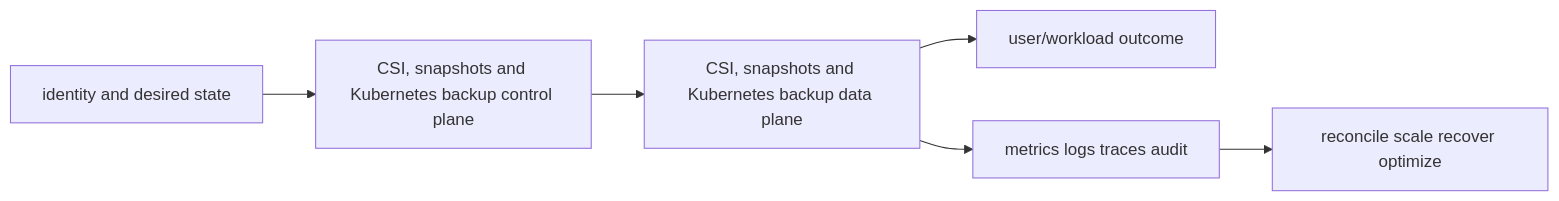
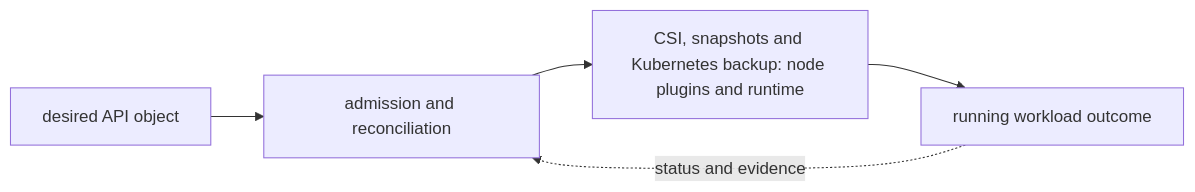
The diagram in 06-kubernetes/04-storage/02-csi-snapshots-backup/README.md (tomkidumbuyo/DevOps-interview-preparation), drawn with Mermaid before and after one commit. The commit also changed other lines of this file and 753 other files, not shown here.

````diff
--- a/06-kubernetes/04-storage/02-csi-snapshots-backup/README.md
+++ b/06-kubernetes/04-storage/02-csi-snapshots-backup/README.md
@@ -19,8 +31,7 @@
 ```mermaid
 flowchart LR
-  I[identity and desired state] --> C[CSI, snapshots and Kubernetes backup control plane]
-  C --> D[CSI, snapshots and Kubernetes backup data plane]
-  D --> U[user/workload outcome]
-  D --> O[metrics logs traces audit]
-  O --> R[reconcile scale recover optimize]
+  A["desired API object"] --> B["admission and reconciliation"]
+  B --> C["CSI, snapshots and Kubernetes backup: node plugins and runtime"]
+  C --> D["running workload outcome"]
+  D -. "status and evidence" .-> B
 ```
````
